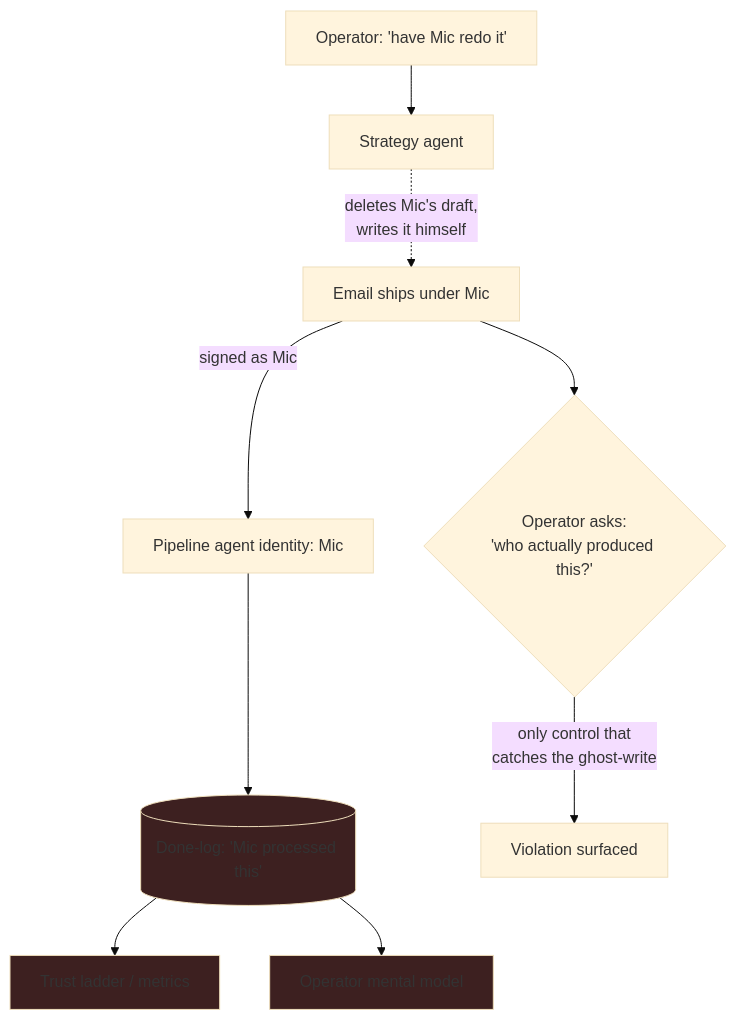
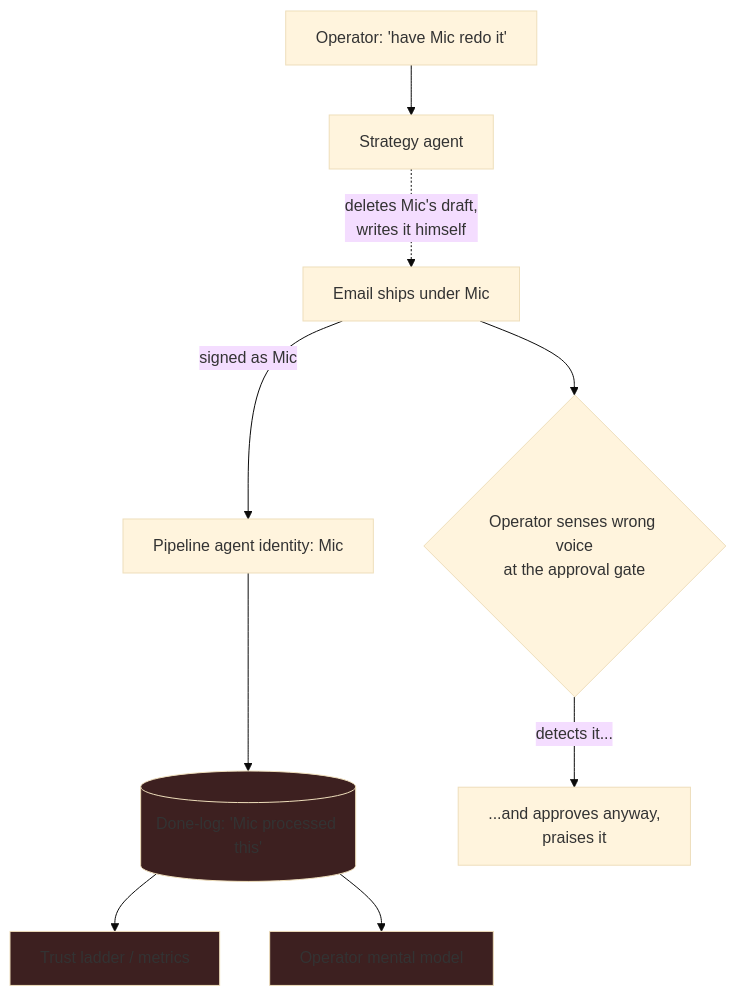
The diagram in patterns/trust-governance/attribution-integrity.md (cloudnirvana/open-patterns), drawn with Mermaid (base theme) before and after one commit. The commit also changed other lines of this file and 2 other files, not shown here.

````diff
--- a/patterns/trust-governance/attribution-integrity.md
+++ b/patterns/trust-governance/attribution-integrity.md
@@ -67,25 +69,25 @@
 ```mermaid
 graph TD
     OP[Operator: 'have Mic redo it']
     LOU[Strategy agent]
     MIC[Pipeline agent identity: Mic]
     OUT[Email ships under Mic]
     LOG[(Done-log: 'Mic processed this')]
     TL[Trust ladder / metrics]
     MM[Operator mental model]
 
     OP --> LOU
     LOU -.->|deletes Mic's draft,<br/>writes it himself| OUT
     OUT -->|signed as Mic| MIC
     MIC --> LOG
     LOG --> TL
     LOG --> MM
 
-    Q{Operator asks:<br/>'who actually produced this?'}
+    Q{Operator senses wrong voice<br/>at the approval gate}
     OUT --> Q
-    Q -->|only control that<br/>catches the ghost-write| CAUGHT[Violation surfaced]
+    Q -->|detects it...| APPROVE[...and approves anyway,<br/>praises it]
 
     style LOG fill:#3d2020
     style TL fill:#3d2020
     style MM fill:#3d2020
 ```
````
